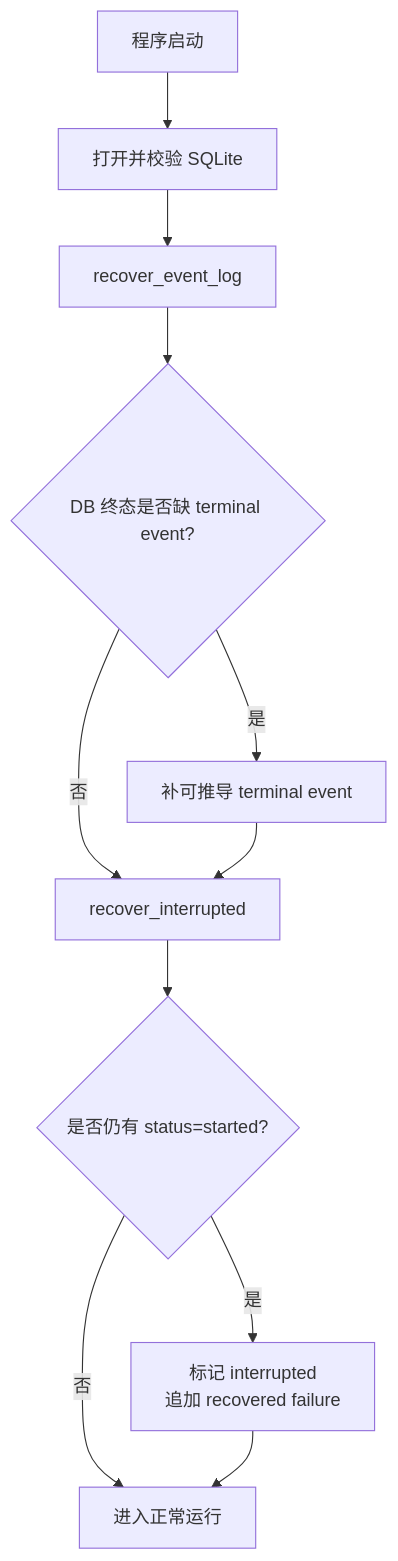
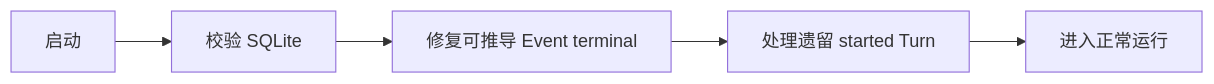
Before and after one commit to Arthur999459up/GitAgent: the sixth of 9 diagrams in docs/09-persistence-recovery-observability.md, drawn with Mermaid. The commit also changed other lines of this file and 15 other files, not shown here.

````diff
--- a/docs/09-persistence-recovery-observability.md
+++ b/docs/09-persistence-recovery-observability.md
@@ -369,13 +187,7 @@
 ```mermaid
-flowchart TD
-    BOOT[程序启动] --> DB[打开并校验 SQLite]
-    DB --> REL[recover_event_log]
-    REL --> Q1{DB 终态是否缺 terminal event?}
-    Q1 -->|是| FIX[补可推导 terminal event]
-    Q1 -->|否| INT[recover_interrupted]
-    FIX --> INT
-    INT --> Q2{是否仍有 status=started?}
-    Q2 -->|是| MARK[标记 interrupted<br/>追加 recovered failure]
-    Q2 -->|否| READY[进入正常运行]
-    MARK --> READY
+flowchart LR
+    B[启动] --> D[校验 SQLite]
+    D --> E[修复可推导 Event terminal]
+    E --> T[处理遗留 started Turn]
+    T --> R[进入正常运行]
 ```
````
